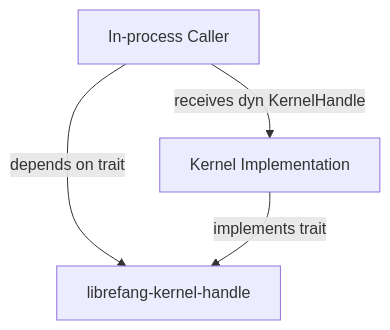
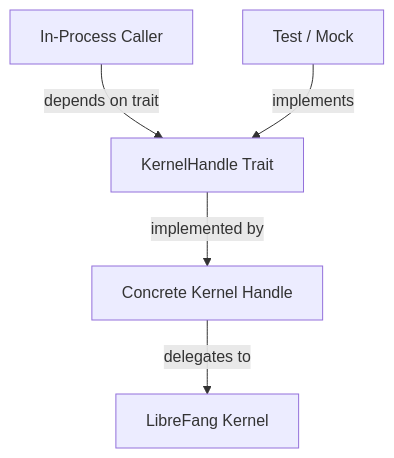
One commit to leszek3737/librefang-WIki changed the diagram in other-librefang-kernel-handle.md. Above: the diagram before and after it, drawn with Mermaid. The commit also changed other lines of this file and 126 other files, not shown here.

````diff
--- a/other-librefang-kernel-handle.md
+++ b/other-librefang-kernel-handle.md
@@ -15,6 +30,7 @@
 ```mermaid
 graph TD
-    A[In-process Caller] -->|depends on trait| B[librefang-kernel-handle]
-    C[Kernel Implementation] -->|implements trait| B
-    A -->|receives dyn KernelHandle| C
+    A[In-Process Caller] -->|depends on trait| B[KernelHandle Trait]
+    B -->|implemented by| C[Concrete Kernel Handle]
+    C -->|delegates to| D[LibreFang Kernel]
+    E[Test / Mock] -->|implements| B
 ```
````
